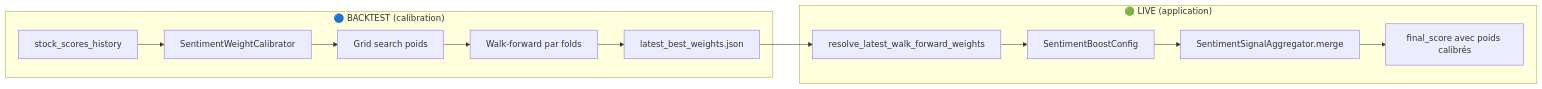
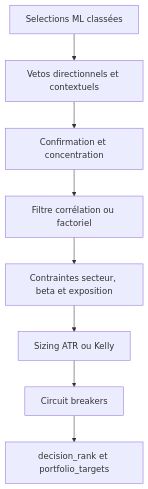
One commit to mli2000fr/alpha_trade changed the second of 4 diagrams in doc/synthese_long_short.md. Above: the diagram before and after it, drawn with Mermaid. The commit also changed other lines of this file and 127 other files, not shown here.

````diff
--- a/doc/synthese_long_short.md
+++ b/doc/synthese_long_short.md
@@ -2275,15 +233,10 @@
 ```mermaid
-graph LR
-    subgraph "🔵 BACKTEST (calibration)"
-        A[stock_scores_history] --> B[SentimentWeightCalibrator]
-        B --> C[Grid search poids]
-        C --> D[Walk-forward par folds]
-        D --> E[latest_best_weights.json]
-    end
-    subgraph "🟢 LIVE (application)"
-        E --> F[resolve_latest_walk_forward_weights]
-        F --> G[SentimentBoostConfig]
-        G --> H[SentimentSignalAggregator.merge]
-        H --> I[final_score avec poids calibrés]
-    end
+flowchart TD
+    A[Selections ML classées] --> B[Vetos directionnels et contextuels]
+    B --> C[Confirmation et concentration]
+    C --> D[Filtre corrélation ou factoriel]
+    D --> E[Contraintes secteur, beta et exposition]
+    E --> F[Sizing ATR ou Kelly]
+    F --> G[Circuit breakers]
+    G --> H[decision_rank et portfolio_targets]
 ```
````
